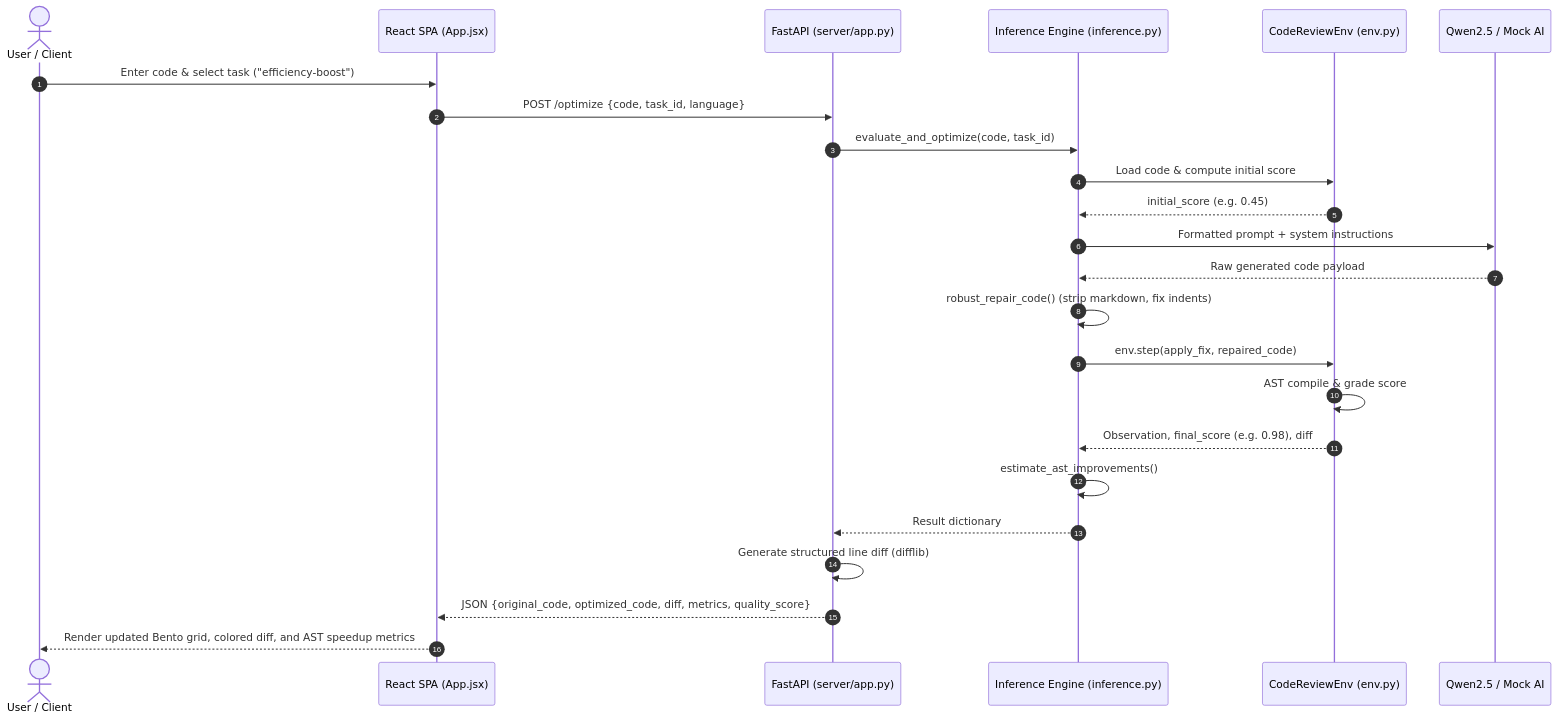
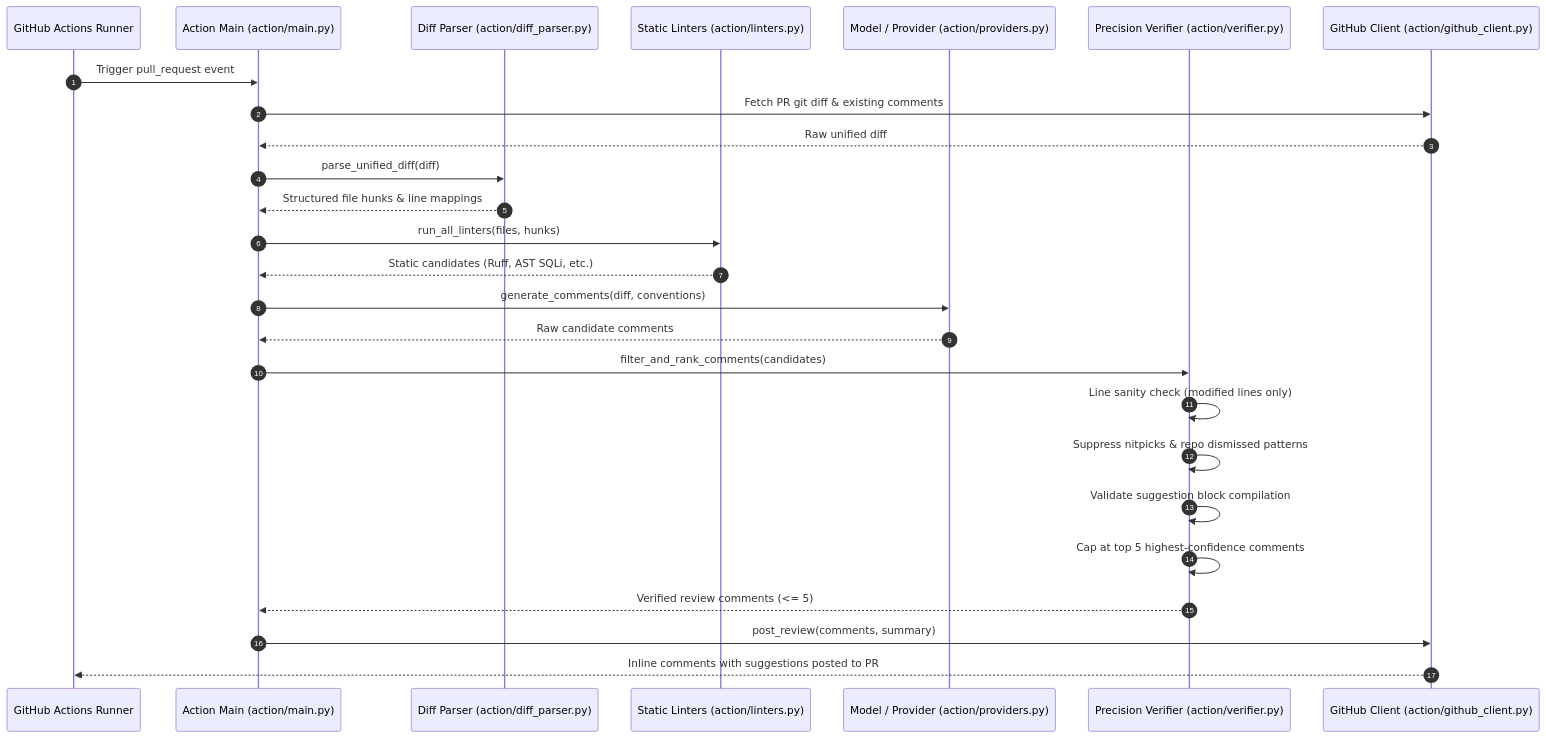
Before and after one commit to Wall-E-30/code-reviewer: the diagram in MASTER_DOCUMENT.md, drawn with Mermaid. The commit also changed other lines of this file, not shown here.

Commit message:
docs: update MASTER_DOCUMENT with complete A-to-Z architecture and Milestone v1.0 status

````diff
--- a/MASTER_DOCUMENT.md
+++ b/MASTER_DOCUMENT.md
@@ -219,27 +264,29 @@
 ```mermaid
 sequenceDiagram
     autonumber
-    actor User as User / Client
-    participant UI as React SPA (App.jsx)
-    participant API as FastAPI (server/app.py)
-    participant Inf as Inference Engine (inference.py)
-    participant Env as CodeReviewEnv (env.py)
-    participant LLM as Qwen2.5 / Mock AI
+    participant GH as GitHub Actions Runner
+    participant Main as Action Main (action/main.py)
+    participant Parser as Diff Parser (action/diff_parser.py)
+    participant Linters as Static Linters (action/linters.py)
+    participant LLM as Model / Provider (action/providers.py)
+    participant Verifier as Precision Verifier (action/verifier.py)
+    participant Client as GitHub Client (action/github_client.py)
 
-    User->>UI: Enter code & select task ("efficiency-boost")
-    UI->>API: POST /optimize {code, task_id, language}
-    API->>Inf: evaluate_and_optimize(code, task_id)
-    Inf->>Env: Load code & compute initial score
-    Env-->>Inf: initial_score (e.g. 0.45)
-    Inf->>LLM: Formatted prompt + system instructions
-    LLM-->>Inf: Raw generated code payload
-    Inf->>Inf: robust_repair_code() (strip markdown, fix indents)
-    Inf->>Env: env.step(apply_fix, repaired_code)
-    Env->>Env: AST compile & grade score
-    Env-->>Inf: Observation, final_score (e.g. 0.98), diff
-    Inf->>Inf: estimate_ast_improvements()
-    Inf-->>API: Result dictionary
-    API->>API: Generate structured line diff (difflib)
-    API-->>UI: JSON {original_code, optimized_code, diff, metrics, quality_score}
-    UI-->>User: Render updated Bento grid, colored diff, and AST speedup metrics
+    GH->>Main: Trigger pull_request event
+    Main->>Client: Fetch PR git diff & existing comments
+    Client-->>Main: Raw unified diff
+    Main->>Parser: parse_unified_diff(diff)
+    Parser-->>Main: Structured file hunks & line mappings
+    Main->>Linters: run_all_linters(files, hunks)
+    Linters-->>Main: Static candidates (Ruff, AST SQLi, etc.)
+    Main->>LLM: generate_comments(diff, conventions)
+    LLM-->>Main: Raw candidate comments
+    Main->>Verifier: filter_and_rank_comments(candidates)
+    Verifier->>Verifier: Line sanity check (modified lines only)
+    Verifier->>Verifier: Suppress nitpicks & repo dismissed patterns
+    Verifier->>Verifier: Validate suggestion block compilation
+    Verifier->>Verifier: Cap at top 5 highest-confidence comments
+    Verifier-->>Main: Verified review comments (<= 5)
+    Main->>Client: post_review(comments, summary)
+    Client-->>GH: Inline comments with suggestions posted to PR
 ```
````
